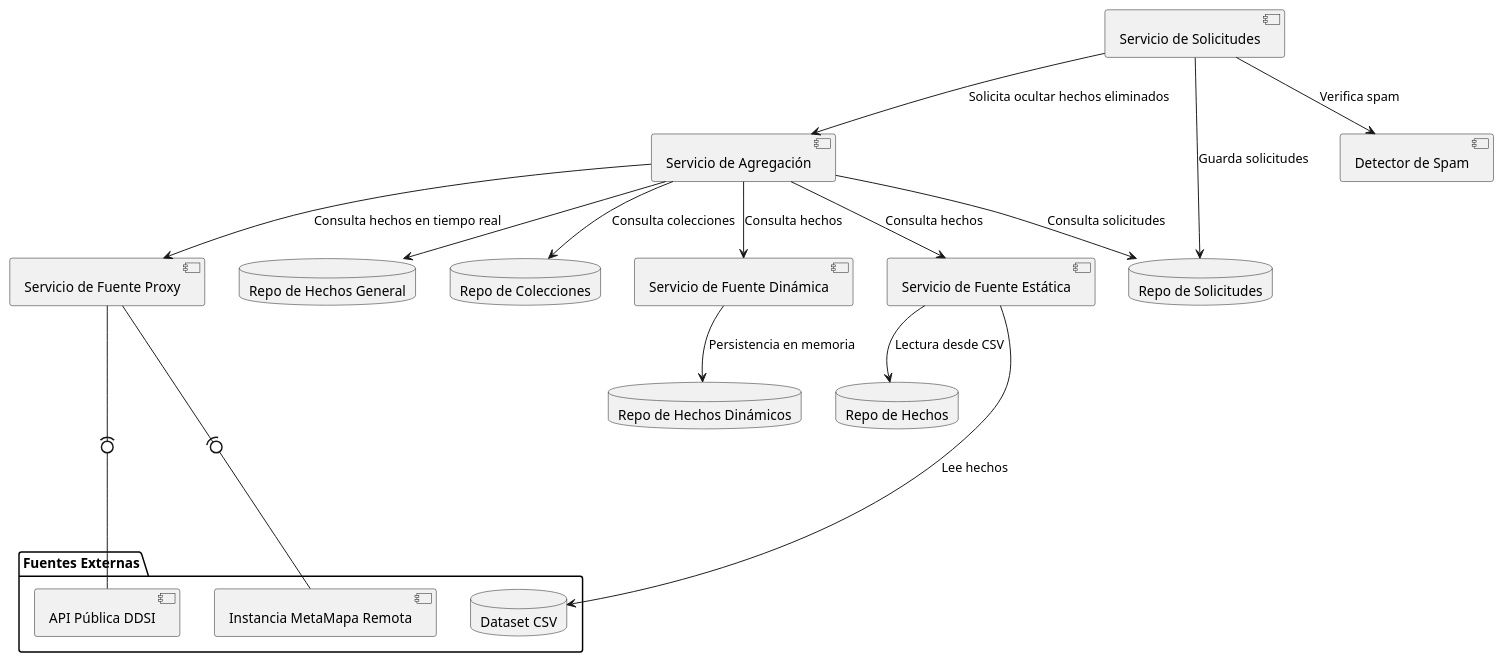
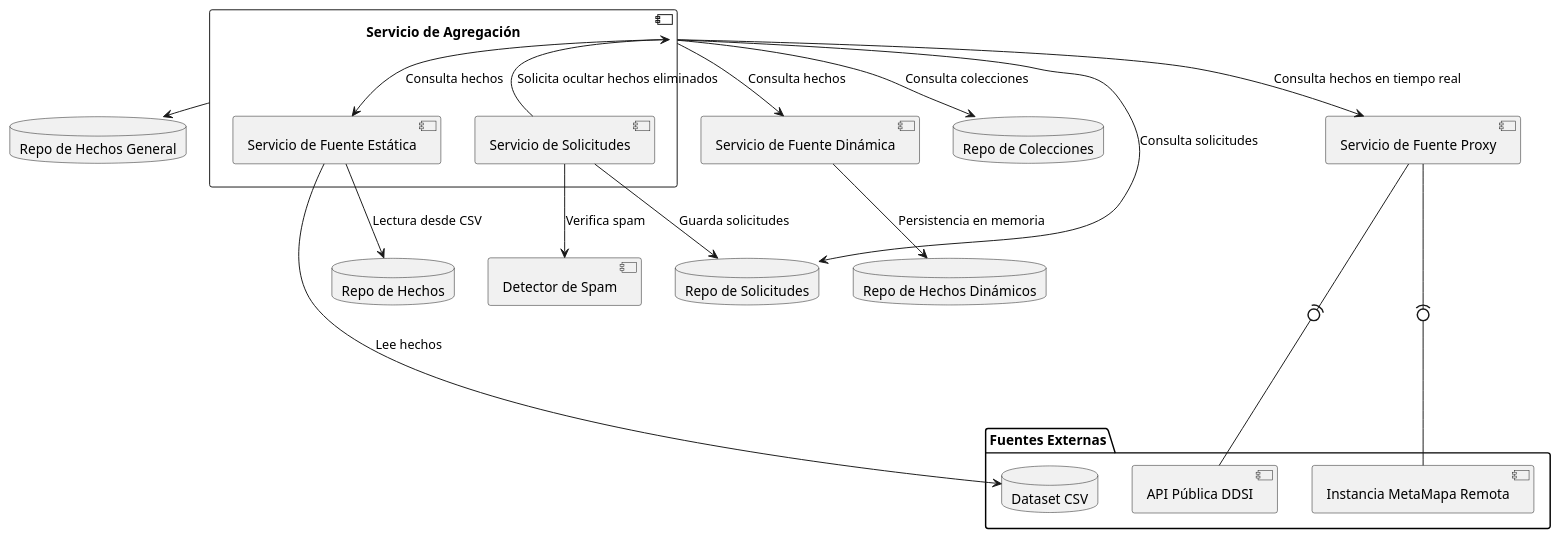
Before and after one commit to vclevy/MetaMapa: the diagram in DiagramaArquitectura/Arquitectura.puml, drawn with PlantUML. The commit also changed 2 other files, not shown here.

Commit message:
diagrama rqui actualizado

```diff
--- a/DiagramaArquitectura/Arquitectura.puml
+++ b/DiagramaArquitectura/Arquitectura.puml
@@ -1,39 +1,42 @@
 @startuml
 
-  component "Servicio de Agregación" as Agregador
-  database "Repo de Hechos General" as DBHechosGeneral
+component "Servicio de Agregación" as Agregador {
+  component "Servicio de Solicitudes" as ServicioSolicitudes
+  component "Servicio de Fuente Estática" as FuenteEstatica
+}
 
-  component "Servicio de Fuente Dinámica" as FuenteDinamica
-  component "Servicio de Fuente Estática" as FuenteEstatica
-  component "Servicio de Fuente Proxy" as FuenteProxy
-  component "Servicio de Solicitudes" as ServicioSolicitudes
-  component "Detector de Spam" as DetectorSpam
+database "Repo de Hechos General" as DBHechosGeneral
+
+component "Servicio de Fuente Dinámica" as FuenteDinamica
+component "Servicio de Fuente Proxy" as FuenteProxy
+component "Detector de Spam" as DetectorSpam
 
 package "Fuentes Externas" {
   database "Dataset CSV" as CSV
   [API Pública DDSI] as APIDDSI
   [Instancia MetaMapa Remota] as OtraMetaMapa
 }
 
 database "Repo de Hechos Dinámicos" as DBHechosDinamicos
 database "Repo de Hechos Estáticos" as DBHechosEstaticos
 database "Repo de Solicitudes" as DBSolicitudes
 database "Repo de Colecciones" as DBColecciones
 database "Repo de Hechos" as DBHechosEstaticos
 
 Agregador --> FuenteDinamica : Consulta hechos
 Agregador --> FuenteEstatica : Consulta hechos
 Agregador --> FuenteProxy : Consulta hechos en tiempo real
 Agregador --> DBSolicitudes : Consulta solicitudes
 Agregador --> DBColecciones : Consulta colecciones
 Agregador --> DBHechosGeneral
+
 FuenteDinamica --> DBHechosDinamicos : Persistencia en memoria
 FuenteEstatica --> DBHechosEstaticos : Lectura desde CSV
 ServicioSolicitudes --> DBSolicitudes : Guarda solicitudes
 ServicioSolicitudes --> DetectorSpam : Verifica spam
 ServicioSolicitudes --> Agregador : Solicita ocultar hechos eliminados
 FuenteEstatica --> CSV : Lee hechos
 FuenteProxy --(0-- APIDDSI
 FuenteProxy --(0-- OtraMetaMapa
 
 @enduml
```
